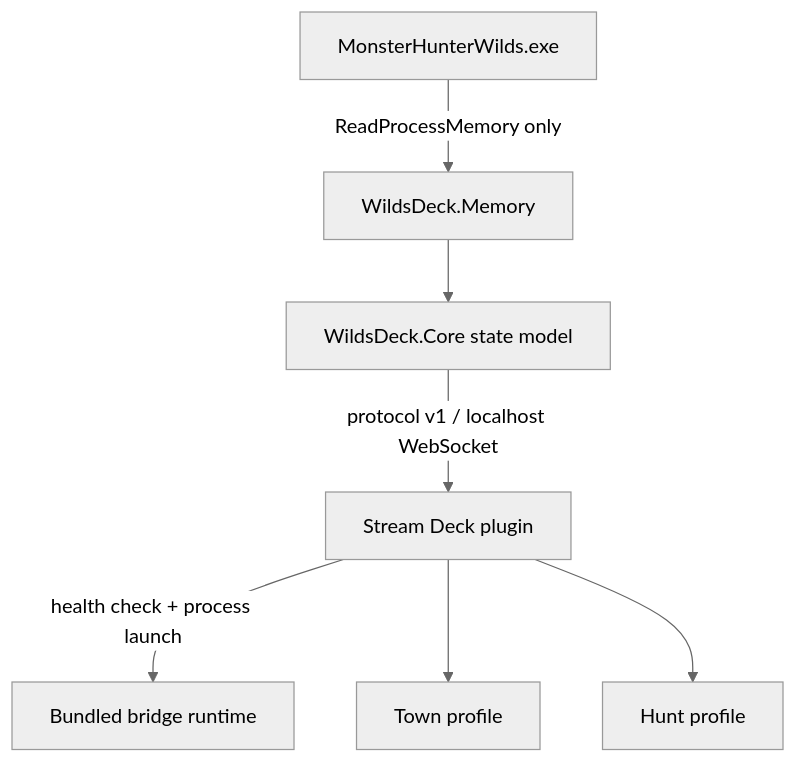
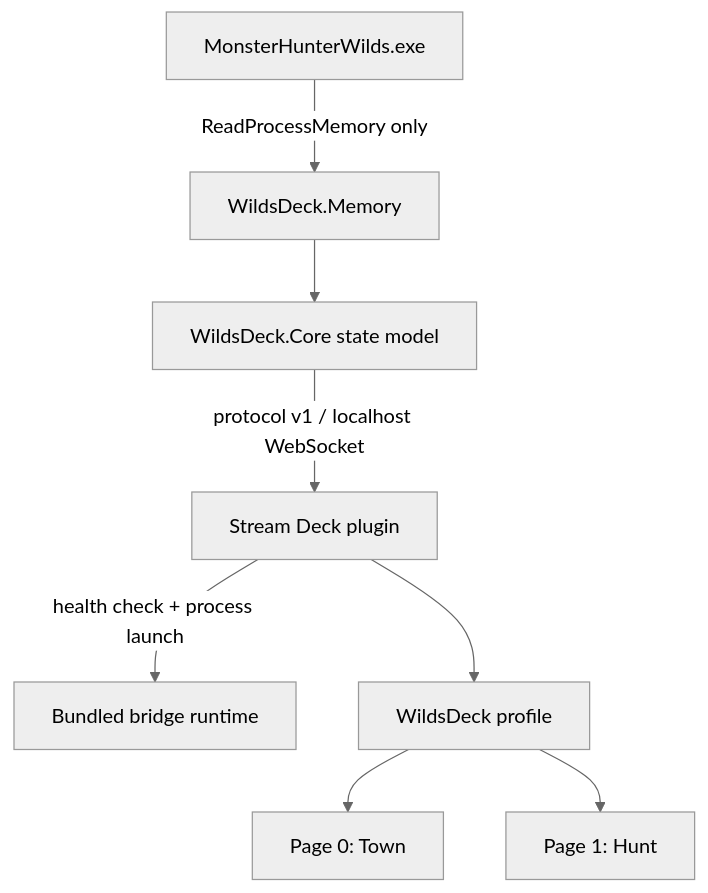
One commit to EPeillard/WildsDeck changed the diagram in docs/architecture.md. Above: the diagram before and after it, drawn with Mermaid (neutral theme). The commit also changed other lines of this file, not shown here.

Commit message:
docs: describe the two-page WildsDeck profile

````diff
--- a/docs/architecture.md
+++ b/docs/architecture.md
@@ -5,9 +5,10 @@
 ```mermaid
 flowchart TD
     Game["MonsterHunterWilds.exe"] -->|"ReadProcessMemory only"| Memory["WildsDeck.Memory"]
     Memory --> Core["WildsDeck.Core state model"]
     Core -->|"protocol v1 / localhost WebSocket"| Plugin["Stream Deck plugin"]
     Plugin -->|"health check + process launch"| BridgeRuntime["Bundled bridge runtime"]
-    Plugin --> Town["Town profile"]
-    Plugin --> Hunt["Hunt profile"]
+    Plugin --> Profile["WildsDeck profile"]
+    Profile --> Town["Page 0: Town"]
+    Profile --> Hunt["Page 1: Hunt"]
 ```
````
